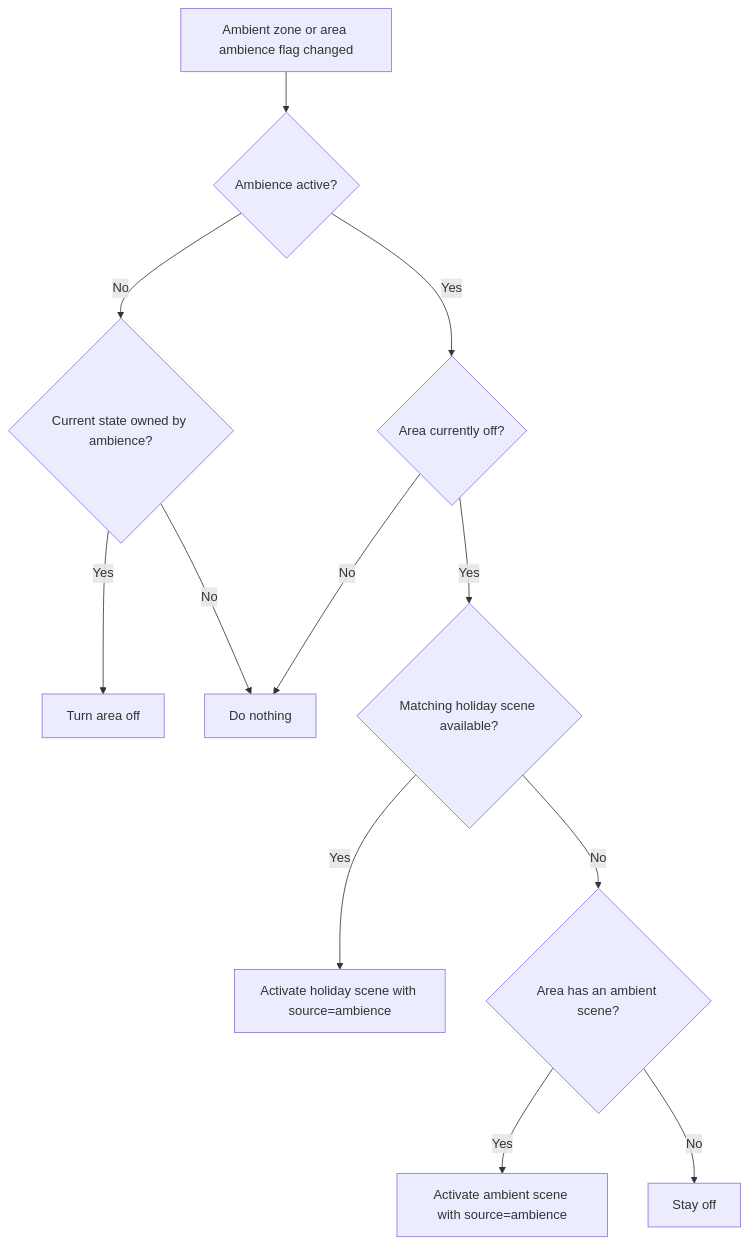
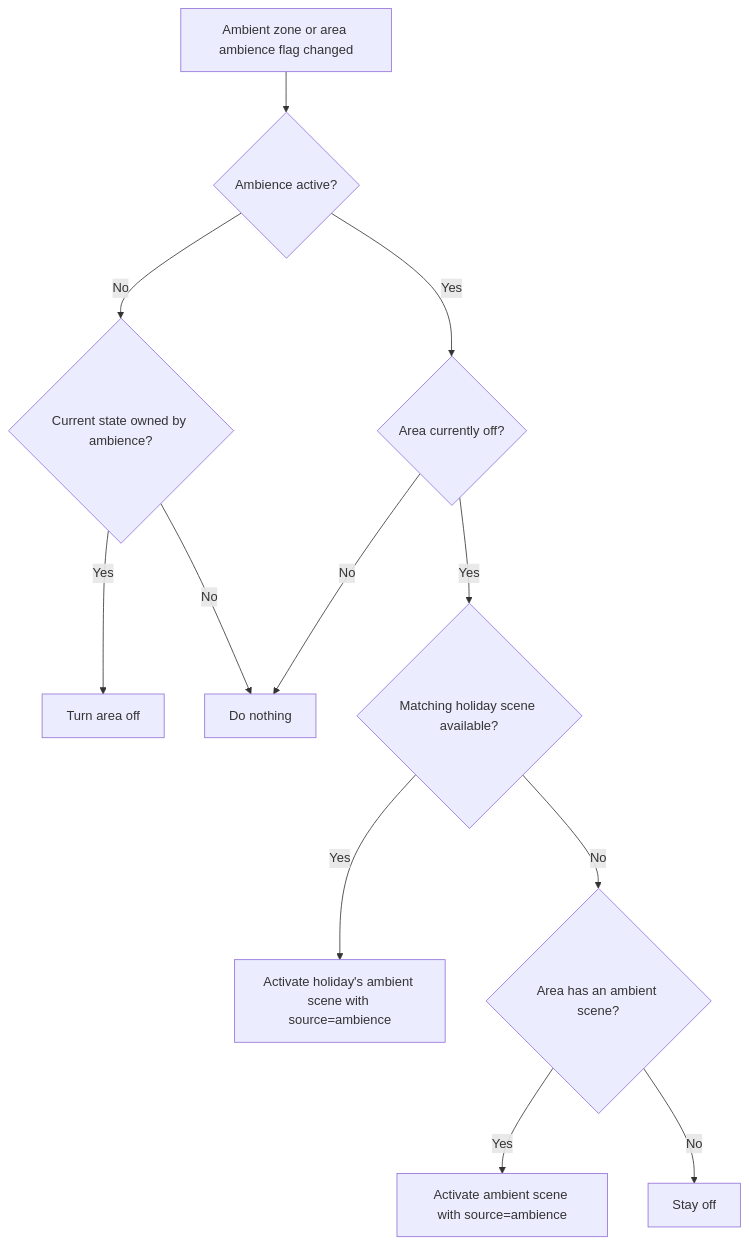
The third of 4 diagrams in README.md (aarontc/home-assistant-area-lighting), drawn with Mermaid before and after one commit. The commit also changed other lines of this file and 26 other files, not shown here.

````diff
--- a/README.md
+++ b/README.md
@@ -471,15 +474,15 @@
 ```mermaid
 flowchart TD
     A[Ambient zone or area ambience flag changed] --> B{Ambience active?}
     B -->|No| C{Current state owned by ambience?}
     C -->|Yes| D[Turn area off]
     C -->|No| E[Do nothing]
 
     B -->|Yes| F{Area currently off?}
     F -->|No| E
     F -->|Yes| G{Matching holiday scene available?}
-    G -->|Yes| H[Activate holiday scene with source=ambience]
+    G -->|Yes| H[Activate holiday's ambient scene with source=ambience]
     G -->|No| J{Area has an ambient scene?}
     J -->|Yes| I[Activate ambient scene with source=ambience]
     J -->|No| K[Stay off]
 ```
````
